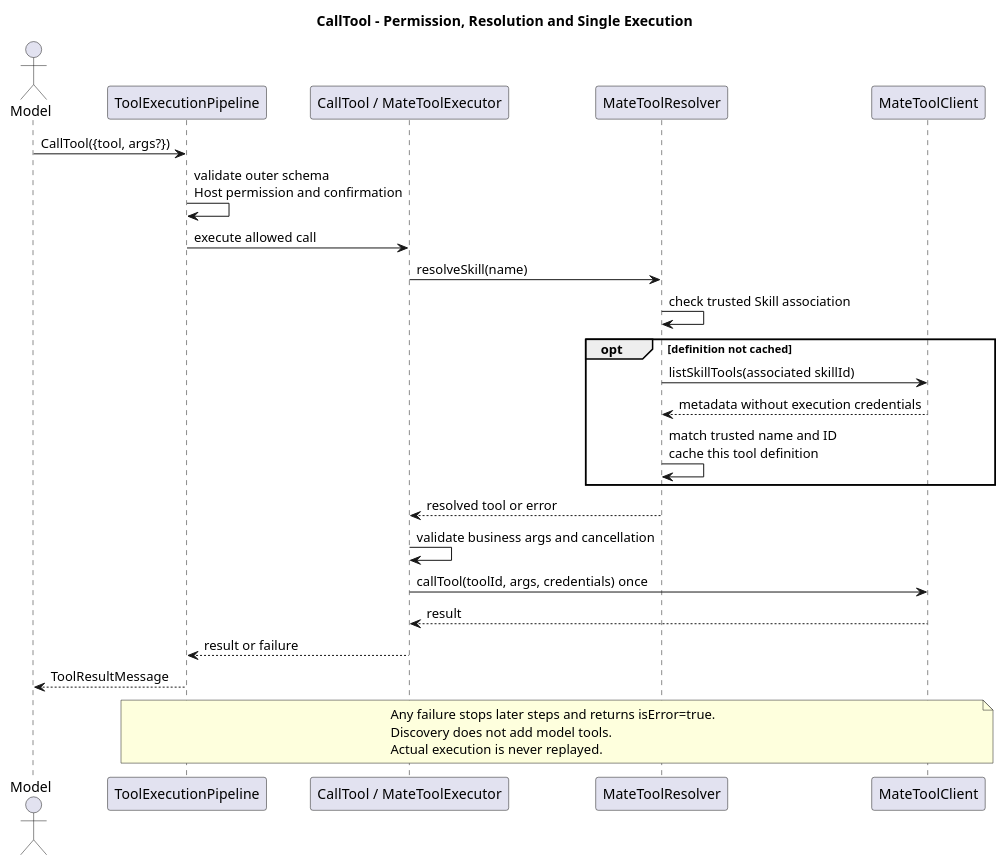
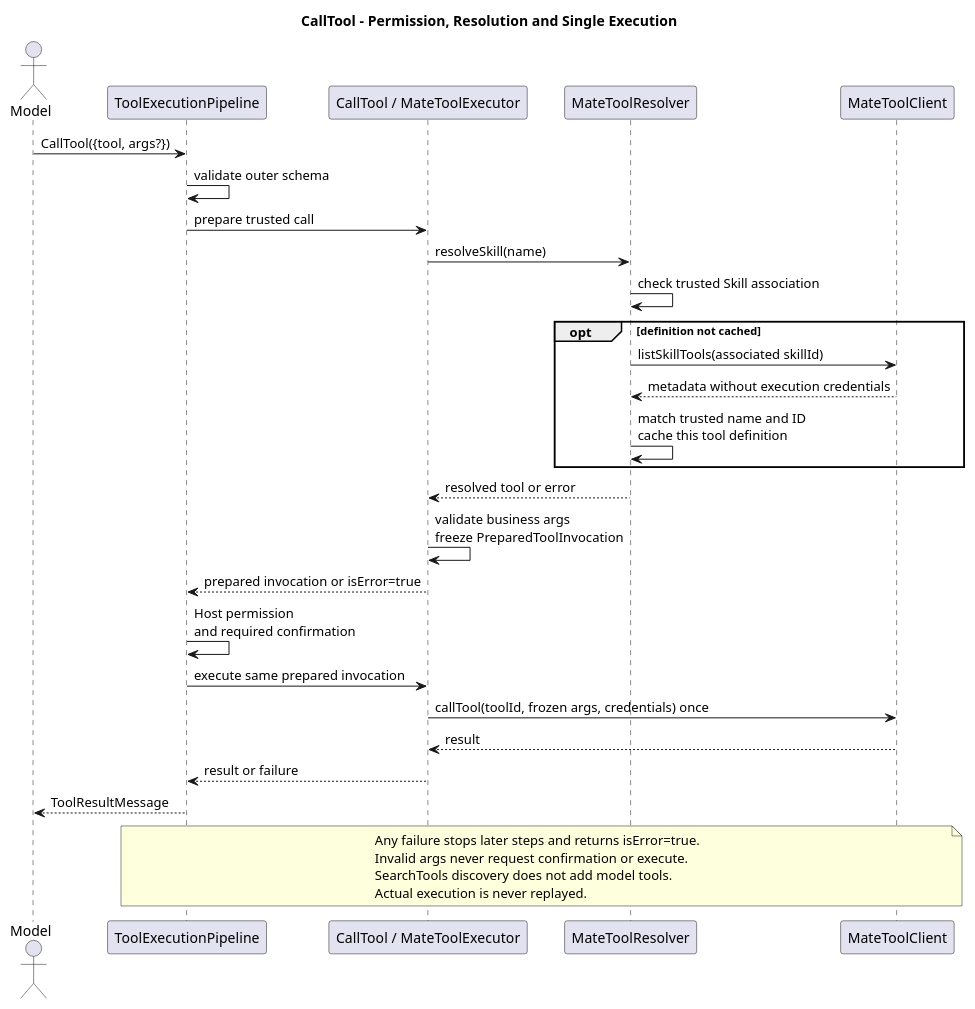
One commit to 2862282695gjh-afk/pi-mono-java changed the fourth of 4 diagrams in docs/designs/tool-system-v2/diagram.puml. Above: the diagram before and after it, drawn with PlantUML. The commit also changed other lines of this file and 9 other files, not shown here.

```diff
--- a/docs/designs/tool-system-v2/diagram.puml
+++ b/docs/designs/tool-system-v2/diagram.puml
@@ -127,39 +128,43 @@
 @startuml mate_call_refresh
-' Implementation baseline: CampusClaw c2b41723702cedfe167ec2cda68c6db65c39b0fa.
+' Implementation baseline: CampusClaw 8e4d9914106aab8745e6cba801047af816ce5132.
 ' Source evidence: modules/agent-core/src/main/java/com/campusclaw/agent/tool/ToolExecutionPipeline.java, execute
-' Source evidence: modules/coding-agent-cli/src/main/java/com/campusclaw/codingagent/tool/mate/CallTool.java, execute
+' Source evidence: modules/coding-agent-cli/src/main/java/com/campusclaw/codingagent/tool/mate/CallTool.java, prepare
 ' Source evidence: modules/coding-agent-cli/src/main/java/com/campusclaw/codingagent/tool/mate/MateToolResolver.java, resolveSkill, loadSkillTool
-' Source evidence: modules/coding-agent-cli/src/main/java/com/campusclaw/codingagent/tool/mate/MateToolExecutor.java, executeSkill, validateArguments
-' Observed behavior: CallTool resolves only direct Skill associations and validates business args before HTTP.
-' Design reason: association constrains resolution; the Host hook separately checks permission and confirmation.
+' Source evidence: modules/coding-agent-cli/src/main/java/com/campusclaw/codingagent/tool/mate/MateToolExecutor.java, prepareSkill, validateArguments
+' Observed behavior: CallTool resolves trusted direct Skill associations and validates business args before the Host hook.
+' Design reason: the same immutable prepared invocation crosses permission or confirmation and business execution.
 skinparam shadowing false
 title CallTool - Permission, Resolution and Single Execution
 
 actor Model
 participant "ToolExecutionPipeline" as Pipeline
 participant "CallTool / MateToolExecutor" as Call
 participant "MateToolResolver" as Resolver
 participant "MateToolClient" as Mate
 
 Model -> Pipeline : CallTool({tool, args?})
-Pipeline -> Pipeline : validate outer schema\nHost permission and confirmation
-Pipeline -> Call : execute allowed call
+Pipeline -> Pipeline : validate outer schema
+Pipeline -> Call : prepare trusted call
 Call -> Resolver : resolveSkill(name)
 Resolver -> Resolver : check trusted Skill association
 opt definition not cached
   Resolver -> Mate : listSkillTools(associated skillId)
   Mate --> Resolver : metadata without execution credentials
   Resolver -> Resolver : match trusted name and ID\ncache this tool definition
 end
 Resolver --> Call : resolved tool or error
-Call -> Call : validate business args and cancellation
-Call -> Mate : callTool(toolId, args, credentials) once
+Call -> Call : validate business args\nfreeze PreparedToolInvocation
+Call --> Pipeline : prepared invocation or isError=true
+Pipeline -> Pipeline : Host permission\nand required confirmation
+Pipeline -> Call : execute same prepared invocation
+Call -> Mate : callTool(toolId, frozen args, credentials) once
 Mate --> Call : result
 Call --> Pipeline : result or failure
 Pipeline --> Model : ToolResultMessage
 note over Pipeline,Mate
   Any failure stops later steps and returns isError=true.
-  Discovery does not add model tools.
+  Invalid args never request confirmation or execute.
+  SearchTools discovery does not add model tools.
   Actual execution is never replayed.
 end note
 @enduml
```
